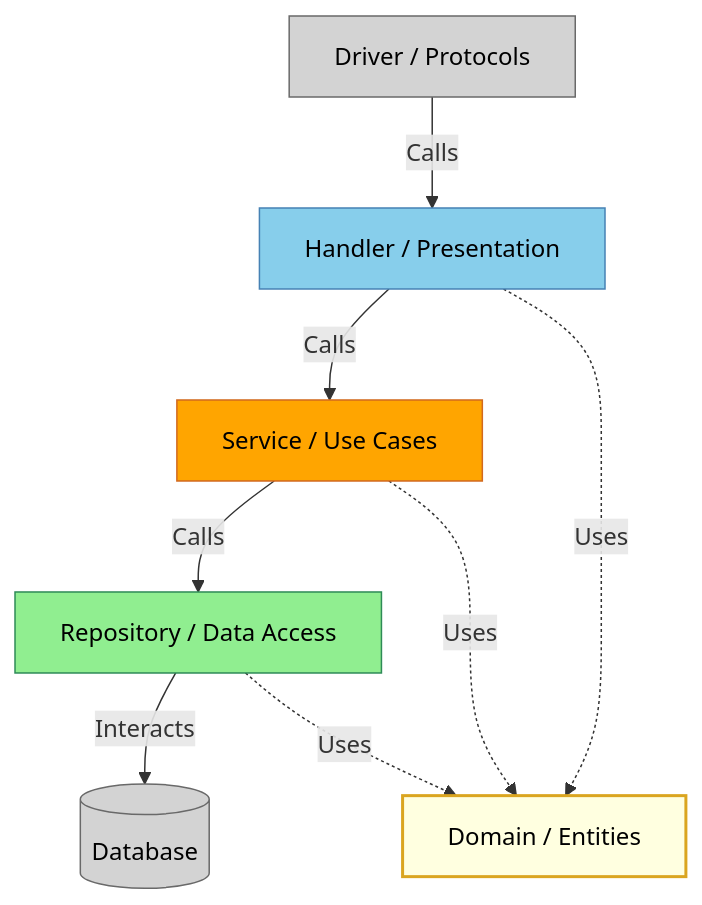
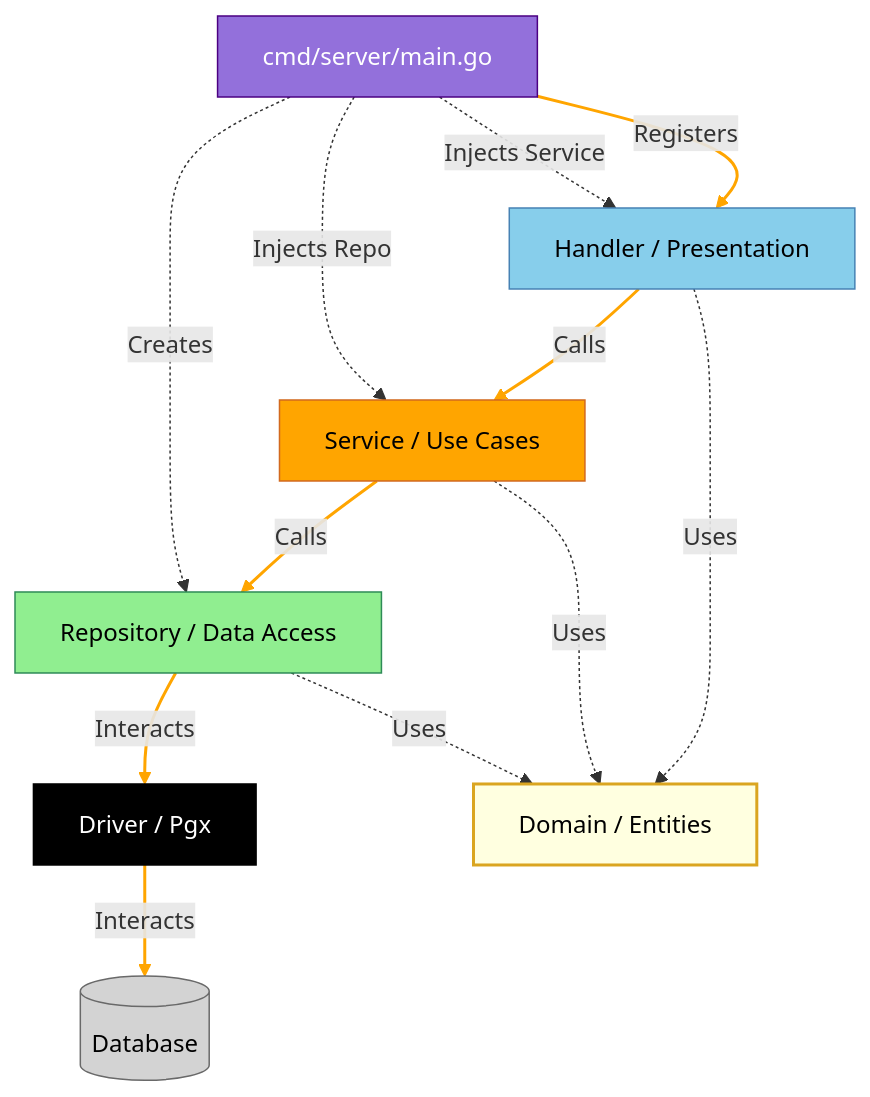
Before and after one commit to mipselqq/goroutine: the diagram in README.md, drawn with Mermaid.

Commit message:
feat: extend architecture graph

````diff
--- a/README.md
+++ b/README.md
@@ -59,26 +58,36 @@
 ```mermaid
 graph TD
-    Driver[Driver / Protocols]:::driver
+    Main[cmd/server/main.go]:::config
     Handler[Handler / Presentation]:::handler
     Service[Service / Use Cases]:::service
     Repo[Repository / Data Access]:::repo
     Domain[Domain / Entities]:::domain
+    Driver[Driver / Pgx]:::driver
     DB[(Database)]:::db
 
-    %% Связи
-    Driver -->|Calls| Handler
+    %% Injection
+    Main -.->|Creates| Repo
+    Main -.->|Injects Repo| Service
+    Main -.->|Injects Service| Handler
+    Main -->|Registers| Handler
+
+    %% Runtime Flow
     Handler -->|Calls| Service
     Service -->|Calls| Repo
-    Repo -->|Interacts| DB
+    Repo -->|Interacts| Driver
+    Driver -->|Interacts| DB
 
+    %% Domain Dependencies
     Handler -.->|Uses| Domain
     Service -.->|Uses| Domain
     Repo -.->|Uses| Domain
 
+    classDef driver fill:#000,stroke:#000,color:#fff;
     classDef handler fill:#87CEEB,stroke:#4682B4,color:#000;
     classDef service fill:#FFA500,stroke:#D2691E,color:#000;
     classDef repo fill:#90EE90,stroke:#2E8B57,color:#000;
+    classDef db fill:#D3D3D3,stroke:#696969,color:#000;
     classDef domain fill:#FFFFE0,stroke:#DAA520,stroke-width:2px,color:#000;
-    classDef db fill:#D3D3D3,stroke:#696969,color:#000;
-    classDef driver fill:#D3D3D3,stroke:#696969,color:#000;
+    classDef config fill:#9370DB,stroke:#4B0082,color:#fff;
+    linkStyle 3,4,5,6,7 stroke:#FFA500,stroke-width:2px;
 ```
````
